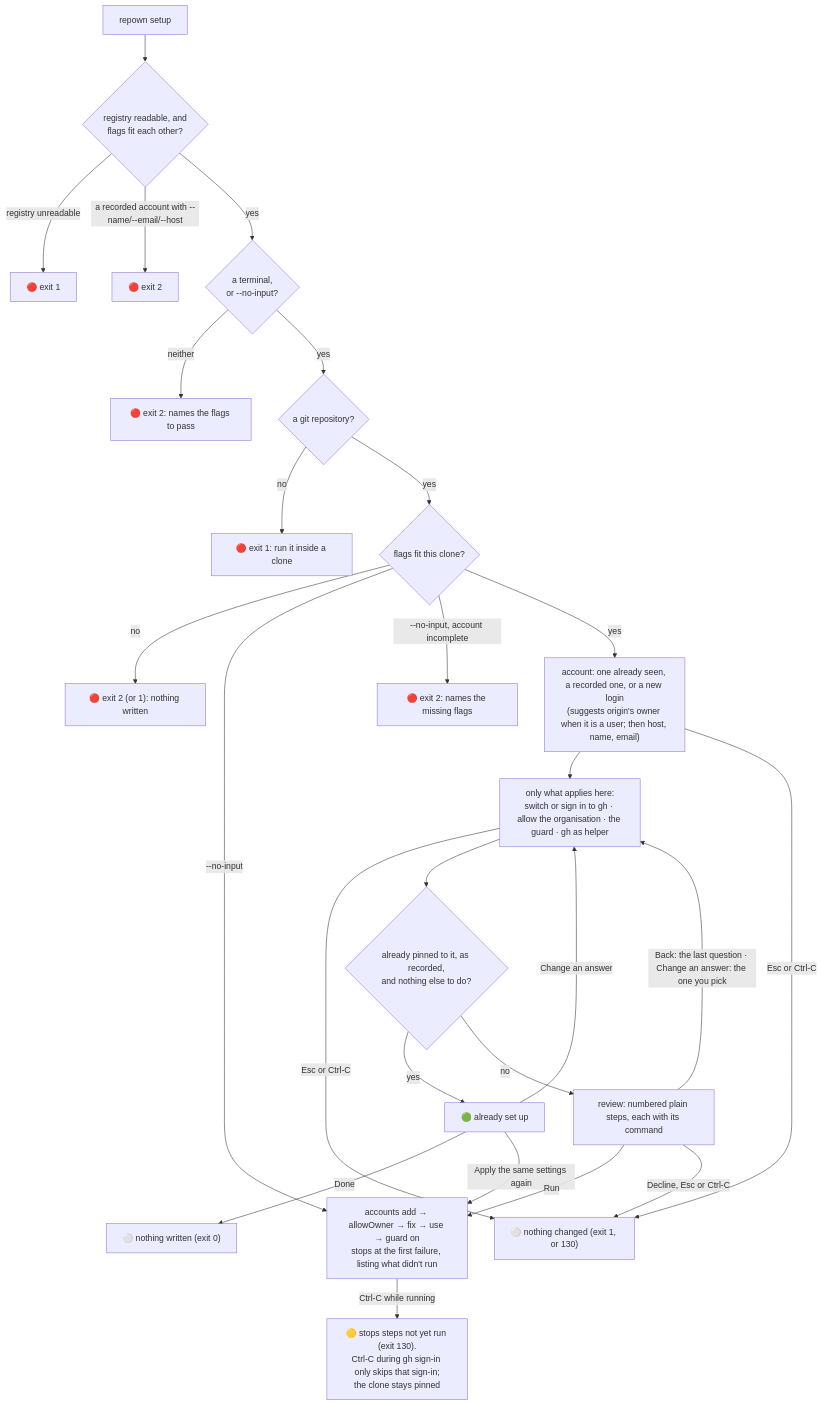
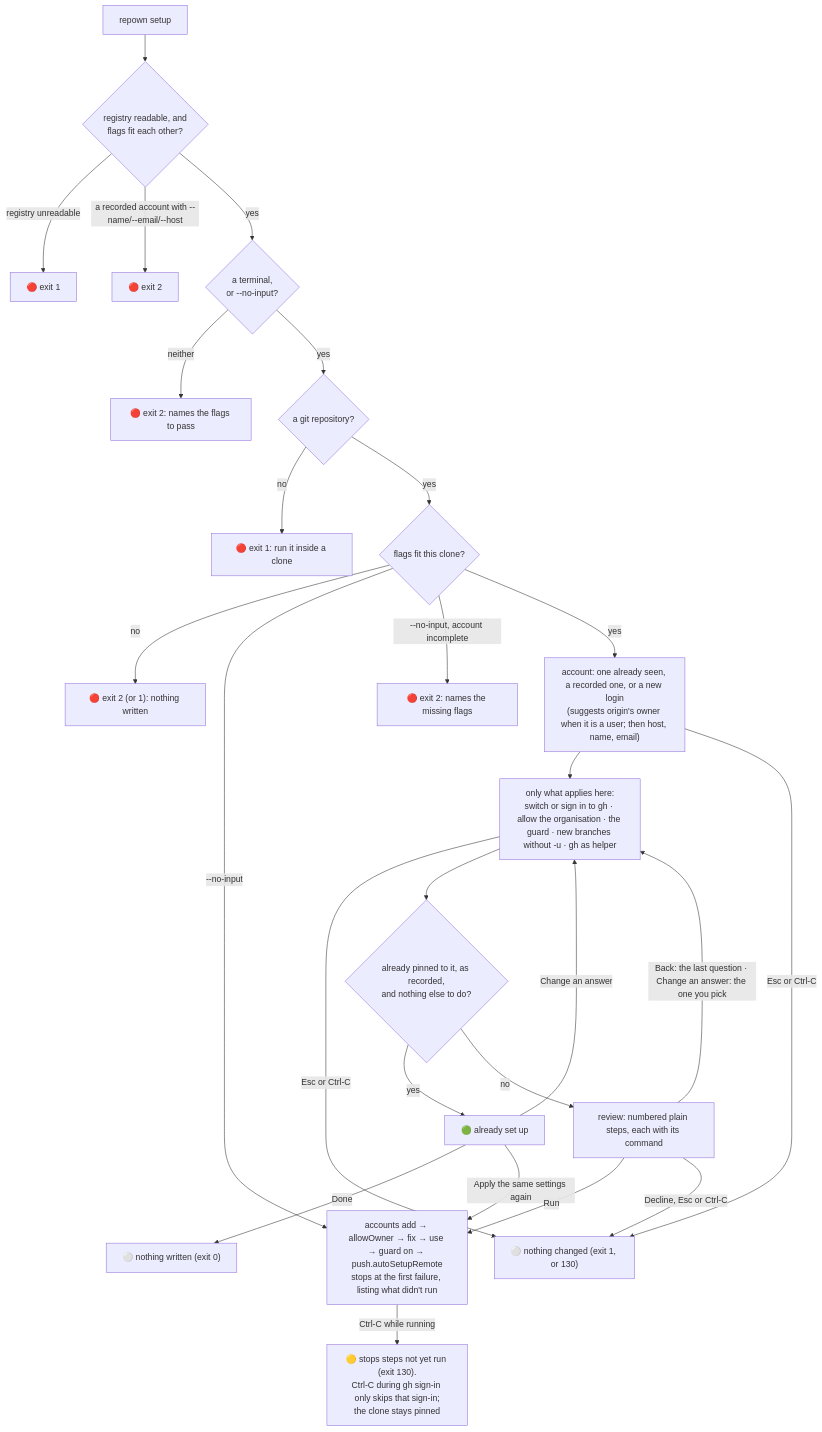
The ninth of 9 diagrams in docs/HOW-IT-WORKS.md (makubexD/repown), drawn with Mermaid before and after one commit. The commit also changed other lines of this file and 15 other files, not shown here.

First line of the commit message:
Offer to push new branches without -u during setup

````diff
--- a/docs/HOW-IT-WORKS.md
+++ b/docs/HOW-IT-WORKS.md
@@ -555,28 +555,28 @@
 ```mermaid
 flowchart TD
   S[repown setup] --> G{"registry readable, and<br/>flags fit each other?"}
   G -->|registry unreadable| X0["🔴 exit 1"]
   G -->|a recorded account with --name/--email/--host| X4["🔴 exit 2"]
   G -->|yes| T{"a terminal,<br/>or --no-input?"}
   T -->|neither| X2["🔴 exit 2: names the flags to pass"]
   T -->|yes| R{"a git repository?"}
   R -->|no| X1["🔴 exit 1: run it inside a clone"]
   R -->|yes| F{"flags fit this clone?"}
   F -->|no| X3["🔴 exit 2 (or 1): nothing written"]
   F -->|--no-input| C
   F -->|--no-input, account incomplete| X5["🔴 exit 2: names the missing flags"]
   F -->|yes| A["account: one already seen, a recorded one, or a new login<br/>(suggests origin's owner when it is a user; then host, name, email)"]
-  A --> Q["only what applies here:<br/>switch or sign in to gh · allow the organisation · the guard · gh as helper"]
+  A --> Q["only what applies here:<br/>switch or sign in to gh · allow the organisation · the guard · new branches without -u · gh as helper"]
   A -->|Esc or Ctrl-C| N
   Q -->|Esc or Ctrl-C| N
   Q --> K{"already pinned to it, as recorded,<br/>and nothing else to do?"}
   K -->|yes| D["🟢 already set up"]
   D -->|Done| DN["⚪ nothing written (exit 0)"]
   D -->|Apply the same settings again| C
   D -->|Change an answer| Q
   K -->|no| V["review: numbered plain steps, each with its command"]
-  V -->|Run| C["accounts add → allowOwner → fix → use → guard on<br/>stops at the first failure, listing what didn't run"]
+  V -->|Run| C["accounts add → allowOwner → fix → use → guard on → push.autoSetupRemote<br/>stops at the first failure, listing what didn't run"]
   V -->|"Back: the last question · Change an answer: the one you pick"| Q
   V -->|Decline, Esc or Ctrl-C| N["⚪ nothing changed (exit 1, or 130)"]
   C -->|Ctrl-C while running| I["🟡 stops steps not yet run (exit 130).<br/>Ctrl-C during gh sign-in only skips that sign-in;<br/>the clone stays pinned"]
 ```
````
